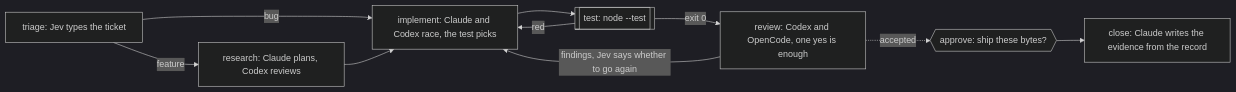
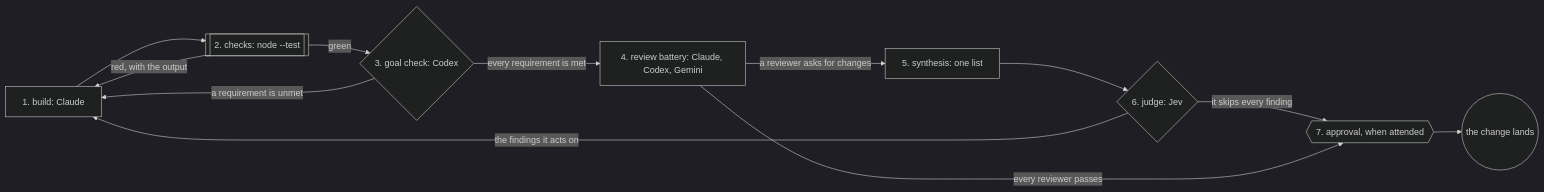
Before and after one commit to jonny981/obversa: the diagram in docs/public/workflows/feature-team.mdx, drawn with Mermaid (dark theme). The commit also changed other lines of this file and 21 other files, not shown here.

````diff
--- a/docs/public/workflows/feature-team.mdx
+++ b/docs/public/workflows/feature-team.mdx
@@ -583,12 +20,14 @@
 ```mermaid
 flowchart LR
-  triage["triage: Jev types the ticket"] -->|feature| research["research: Claude plans, Codex reviews"]
-  triage -->|bug| implement
-  research --> implement["implement: Claude and Codex race, the test picks"]
-  implement --> test[["test: node --test"]]
-  test -->|exit 0| review["review: Codex and OpenCode, one yes is enough"]
-  test -->|red| implement
-  review -->|"findings, Jev says whether to go again"| implement
-  review -.->|accepted| approve{{"approve: ship these bytes?"}}
-  approve --> close["close: Claude writes the evidence from the record"]
+  build["1. build: Claude"] --> checks[["2. checks: node --test"]]
+  checks -->|"red, with the output"| build
+  checks -->|green| goal{"3. goal check: Codex"}
+  goal -->|"a requirement is unmet"| build
+  goal -->|"every requirement is met"| battery["4. review battery: Claude, Codex, Gemini"]
+  battery -->|"a reviewer asks for changes"| synthesis["5. synthesis: one list"]
+  synthesis --> judge{"6. judge: Jev"}
+  judge -->|"the findings it acts on"| build
+  judge -->|"it skips every finding"| approve{{"7. approval, when attended"}}
+  battery -->|"every reviewer passes"| approve
+  approve --> lands((the change lands))
 ```
````
